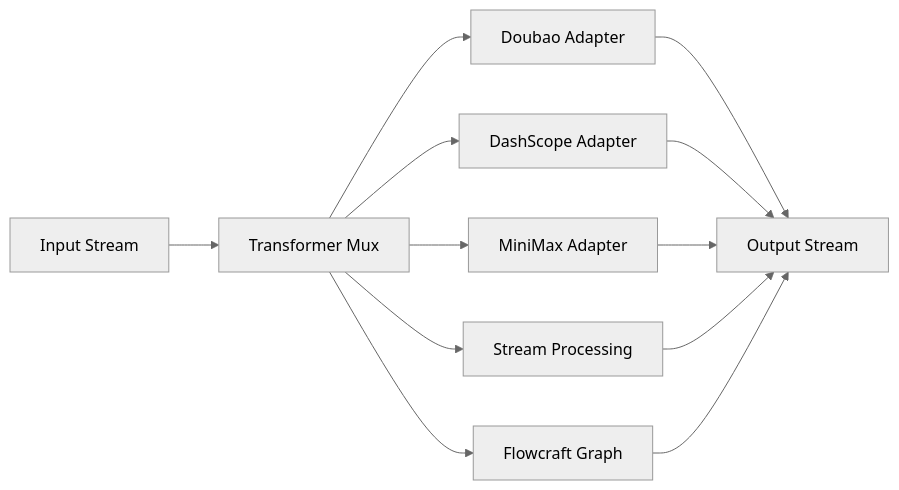
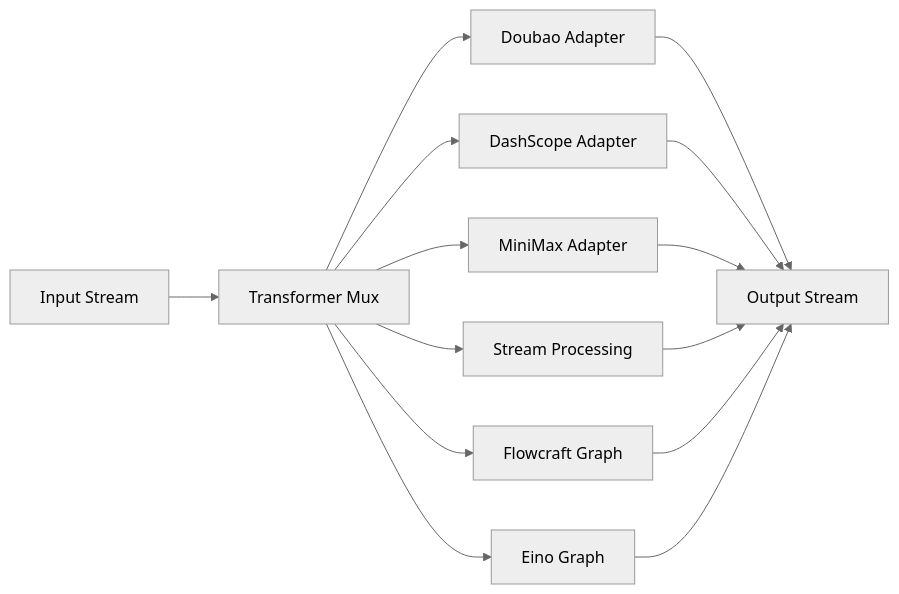
One commit to GizClaw/gizclaw changed the diagram in guides/en/developing/genx/transformers/overview.md. Above: the diagram before and after it, drawn with Mermaid (neutral theme). The commit also changed other lines of this file and 43 other files, not shown here.

First line of the commit message:
genx/transformers: add Eino runtime and complex graph tests (#543)

````diff
--- a/guides/en/developing/genx/transformers/overview.md
+++ b/guides/en/developing/genx/transformers/overview.md
@@ -37,14 +39,16 @@
 ```mermaid
 flowchart LR
     Input["Input Stream"] --> Mux["Transformer Mux"]
     Mux --> Doubao["Doubao Adapter"]
     Mux --> DashScope["DashScope Adapter"]
     Mux --> MiniMax["MiniMax Adapter"]
     Mux --> Processing["Stream Processing"]
     Mux --> Flowcraft["Flowcraft Graph"]
+    Mux --> Eino["Eino Graph"]
     Doubao --> Output["Output Stream"]
     DashScope --> Output
     MiniMax --> Output
     Processing --> Output
     Flowcraft --> Output
+    Eino --> Output
 ```
````
